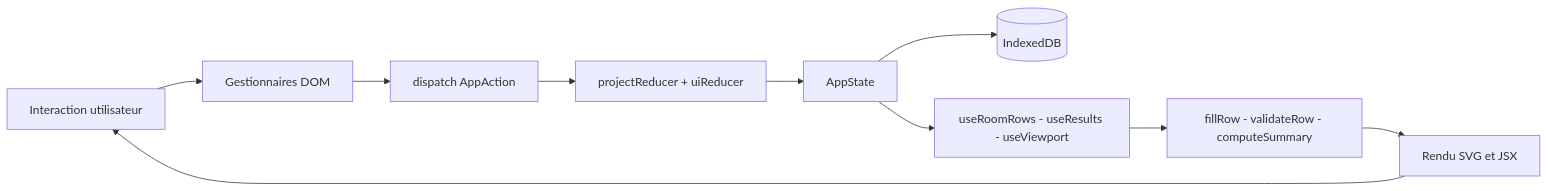
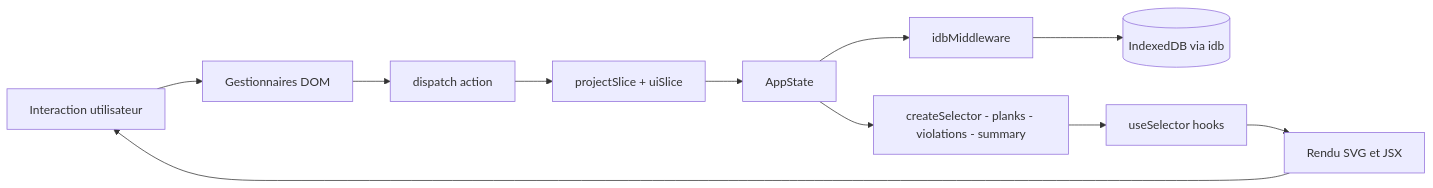
One commit to Khyonn/calepinage-01 changed the diagram in docs/technical/architecture.md. Above: the diagram before and after it, drawn with Mermaid. The commit also changed other lines of this file and 37 other files, not shown here.

````diff
--- a/docs/technical/architecture.md
+++ b/docs/technical/architecture.md
@@ -45,12 +48,13 @@
 ```mermaid
 flowchart LR
     User[Interaction utilisateur] --> DOM[Gestionnaires DOM]
-    DOM --> Dispatch[dispatch AppAction]
-    Dispatch --> Reducer[projectReducer + uiReducer]
-    Reducer --> State[AppState]
-    State --> DB[(IndexedDB)]
-    State --> Hooks[useRoomRows - useResults - useViewport]
-    Hooks --> Core[fillRow - validateRow - computeSummary]
-    Core --> Components[Rendu SVG et JSX]
+    DOM --> Dispatch[dispatch action]
+    Dispatch --> Slice[projectSlice + uiSlice]
+    Slice --> State[AppState]
+    State --> MW[idbMiddleware]
+    MW --> DB[(IndexedDB via idb)]
+    State --> Selectors[createSelector - planks - violations - summary]
+    Selectors --> Hooks[useSelector hooks]
+    Hooks --> Components[Rendu SVG et JSX]
     Components --> User
 ```
````
